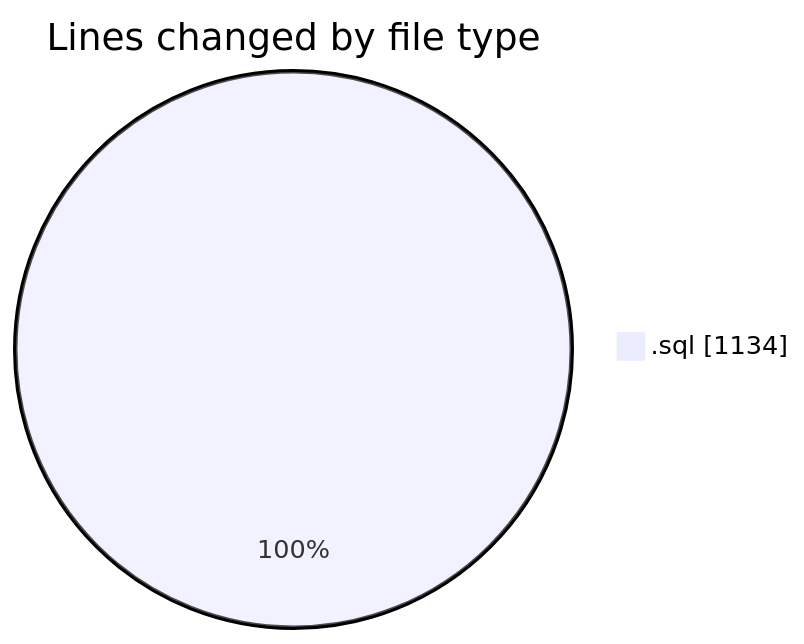
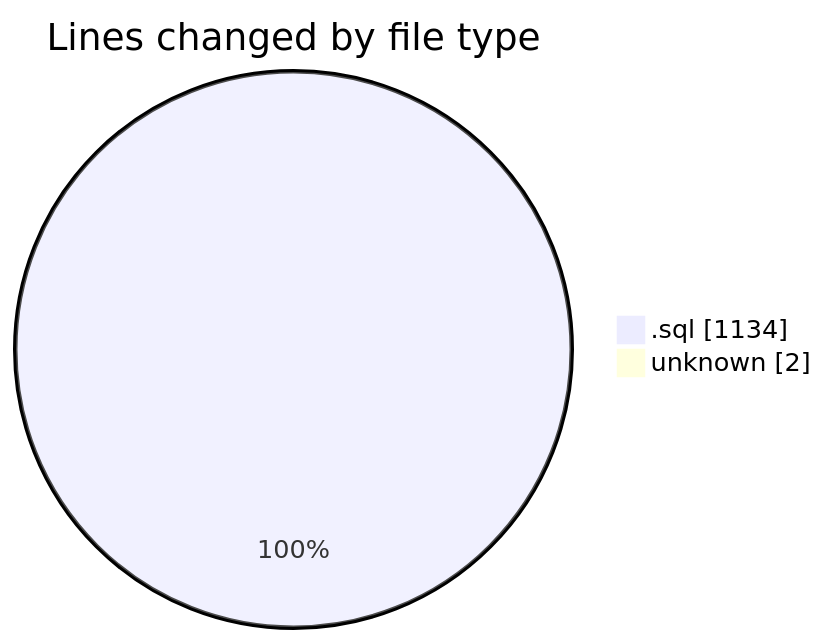
The first of 2 diagrams in 2026-05-21/cda-devops-infrastructure/README.md (momahboobian/code-tracking), drawn with Mermaid before and after one commit. The commit also changed other lines of this file and 1 other file, not shown here.

````diff
--- a/2026-05-21/cda-devops-infrastructure/README.md
+++ b/2026-05-21/cda-devops-infrastructure/README.md
@@ -20,5 +21,6 @@
 ```mermaid
 pie showData
 title Lines changed by file type
 ".sql" : 1134
+"unknown" : 2
 ```
````
